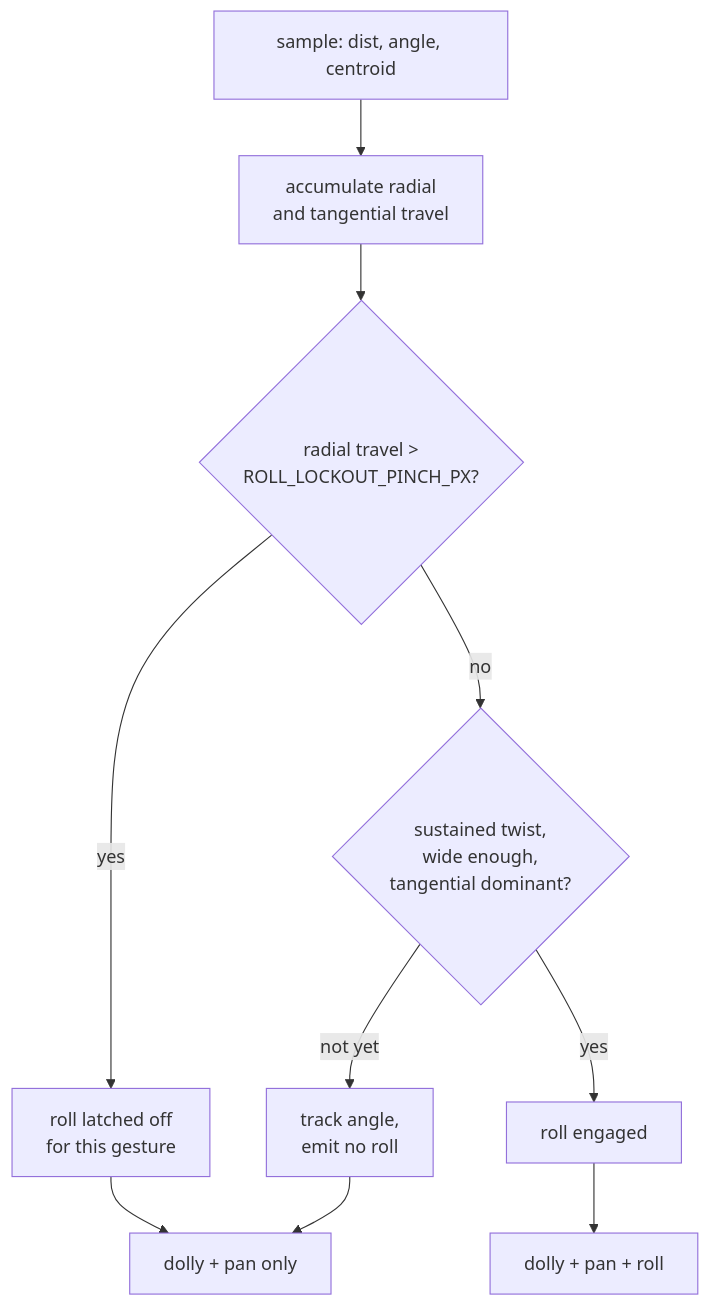
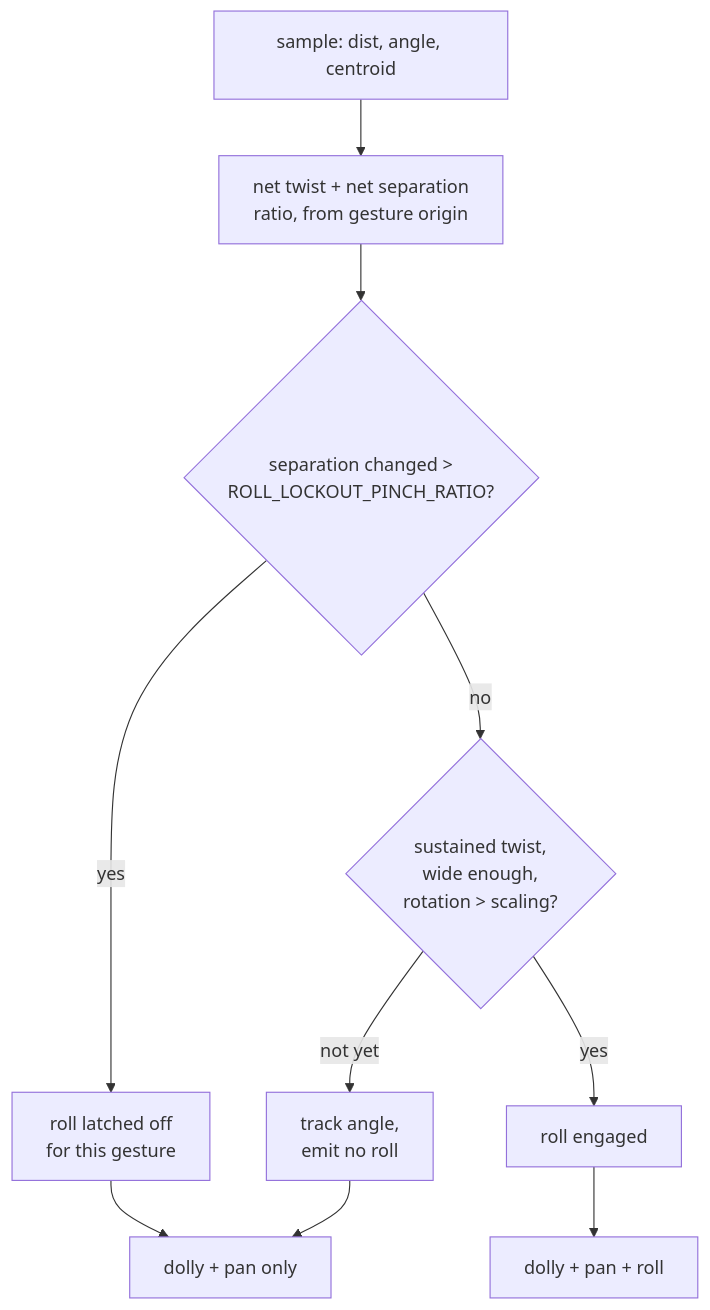
One commit to ColdCrabby/slicer changed the fifth of 7 diagrams in ui/src/app/components/viewer/README.md. Above: the diagram before and after it, drawn with Mermaid. The commit also changed other lines of this file and 3 other files, not shown here.

First line of the commit message:
ui: judge twist against pinch scale-invariantly so a normal grip can roll

````diff
--- a/ui/src/app/components/viewer/README.md
+++ b/ui/src/app/components/viewer/README.md
@@ -375,12 +375,12 @@
 ```mermaid
 flowchart TD
-    S[sample: dist, angle, centroid] --> ACC[accumulate radial<br/>and tangential travel]
-    ACC --> L{radial travel ><br/>ROLL_LOCKOUT_PINCH_PX?}
+    S[sample: dist, angle, centroid] --> ACC[net twist + net separation<br/>ratio, from gesture origin]
+    ACC --> L{separation changed ><br/>ROLL_LOCKOUT_PINCH_RATIO?}
     L -->|yes| LOCK[roll latched off<br/>for this gesture]
-    L -->|no| E{sustained twist,<br/>wide enough,<br/>tangential dominant?}
+    L -->|no| E{sustained twist,<br/>wide enough,<br/>rotation > scaling?}
     E -->|yes| ENG[roll engaged]
     E -->|not yet| PEND[track angle,<br/>emit no roll]
     LOCK --> OUT[dolly + pan only]
     ENG --> OUT2[dolly + pan + roll]
     PEND --> OUT
 ```
````
